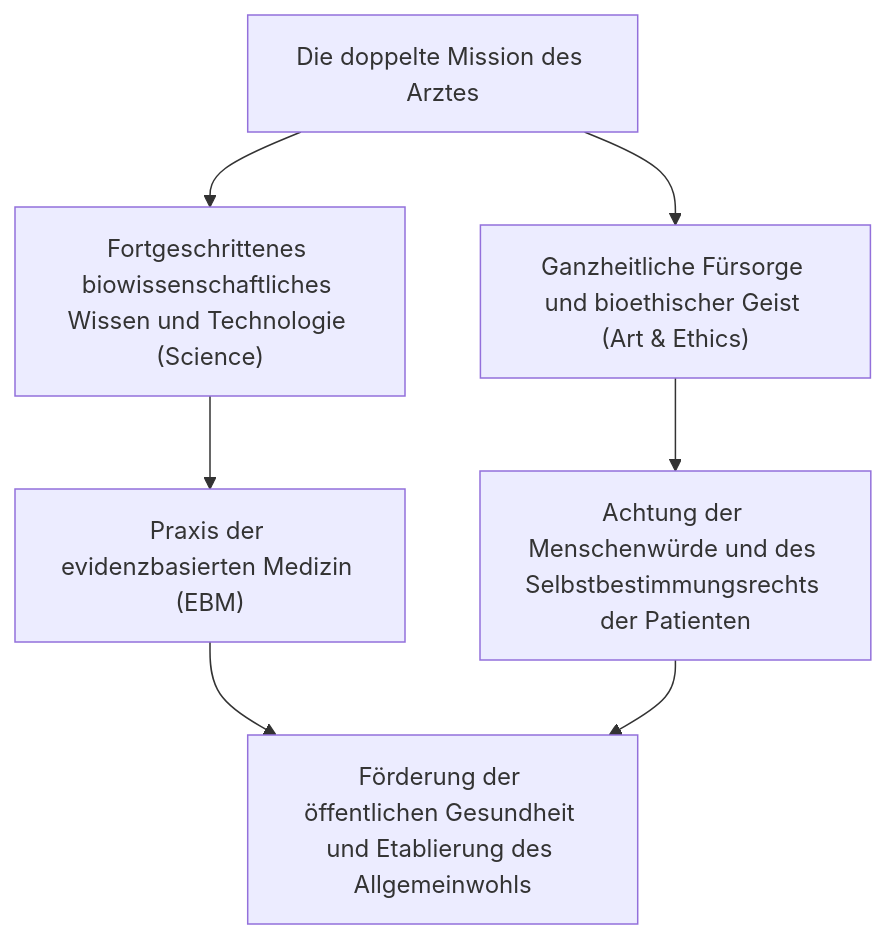
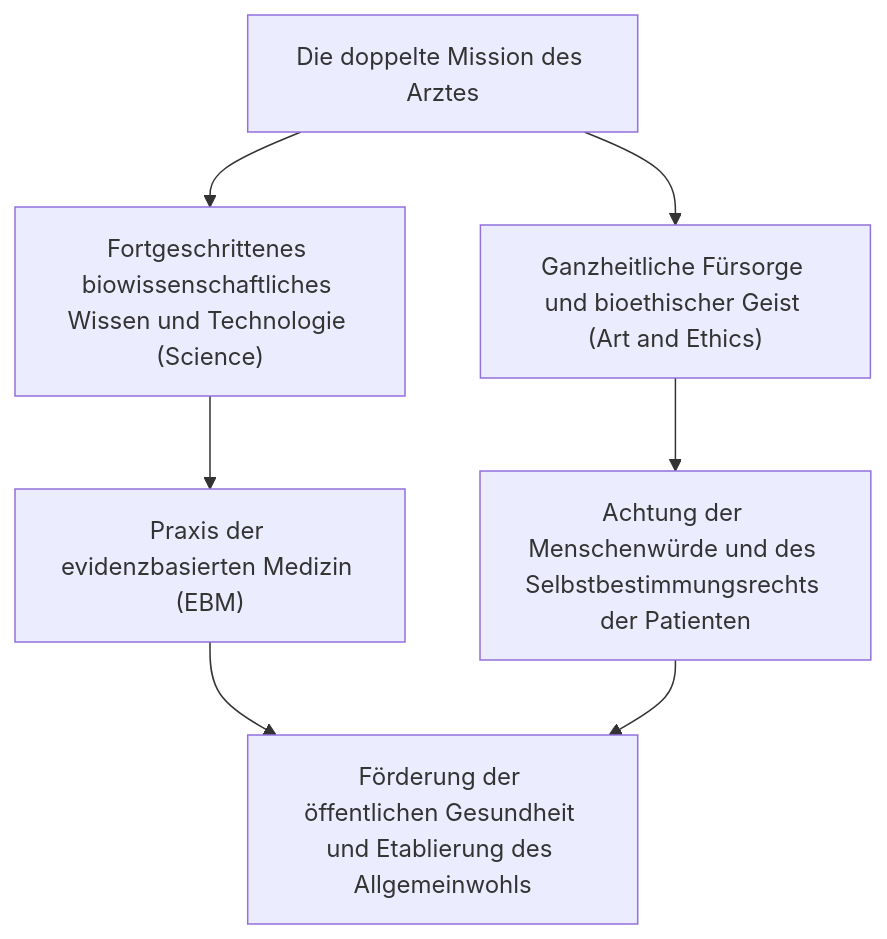
The first of 7 diagrams in content/post/medical-doctor-education-qualifications-specialties/index.de.md (kenjinote/blog), drawn with Mermaid before and after one commit. The commit also changed other lines of this file and 12 other files, not shown here.

Commit message:
fix(medical-doctor): resolve mermaid syntax error in subgraph and fix unrendered bold asterisks

````diff
--- a/content/post/medical-doctor-education-qualifications-specialties/index.de.md
+++ b/content/post/medical-doctor-education-qualifications-specialties/index.de.md
@@ -21,9 +21,9 @@
 ```mermaid
 flowchart TD
     A["Die doppelte Mission des Arztes"] --> B["Fortgeschrittenes biowissenschaftliches Wissen und Technologie (Science)"]
-    A --> C["Ganzheitliche Fürsorge und bioethischer Geist (Art & Ethics)"]
+    A --> C["Ganzheitliche Fürsorge und bioethischer Geist (Art and Ethics)"]
     B --> D["Praxis der evidenzbasierten Medizin (EBM)"]
     C --> E["Achtung der Menschenwürde und des Selbstbestimmungsrechts der Patienten"]
     D --> F["Förderung der öffentlichen Gesundheit und Etablierung des Allgemeinwohls"]
     E --> F
 ```
````
